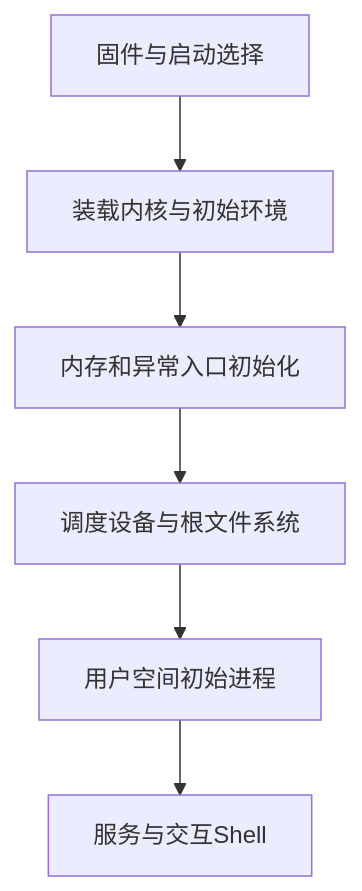
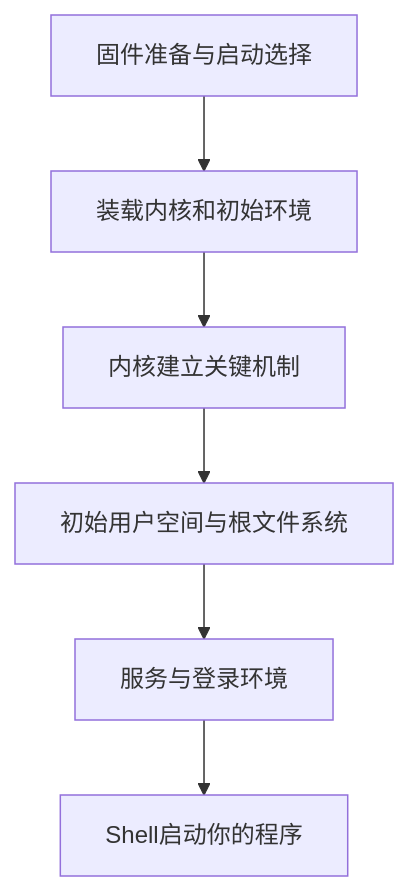
Before and after one commit to Lumner/zhixu: the diagram in content/operating-systems/source/30-启动与内核架构.md, drawn with Mermaid. The commit also changed other lines of this file and 633 other files, not shown here.

````diff
--- a/content/operating-systems/source/30-启动与内核架构.md
+++ b/content/operating-systems/source/30-启动与内核架构.md
@@ -11,8 +33,8 @@
 ```mermaid
 flowchart TD
-A[固件与启动选择] --> B[装载内核与初始环境]
-B --> C[内存和异常入口初始化]
-C --> D[调度设备与根文件系统]
-D --> E[用户空间初始进程]
-E --> F[服务与交互Shell]
+A[固件准备与启动选择] --> B[装载内核和初始环境]
+B --> C[内核建立关键机制]
+C --> D[初始用户空间与根文件系统]
+D --> E[服务与登录环境]
+E --> F[Shell启动你的程序]
 ```
````
